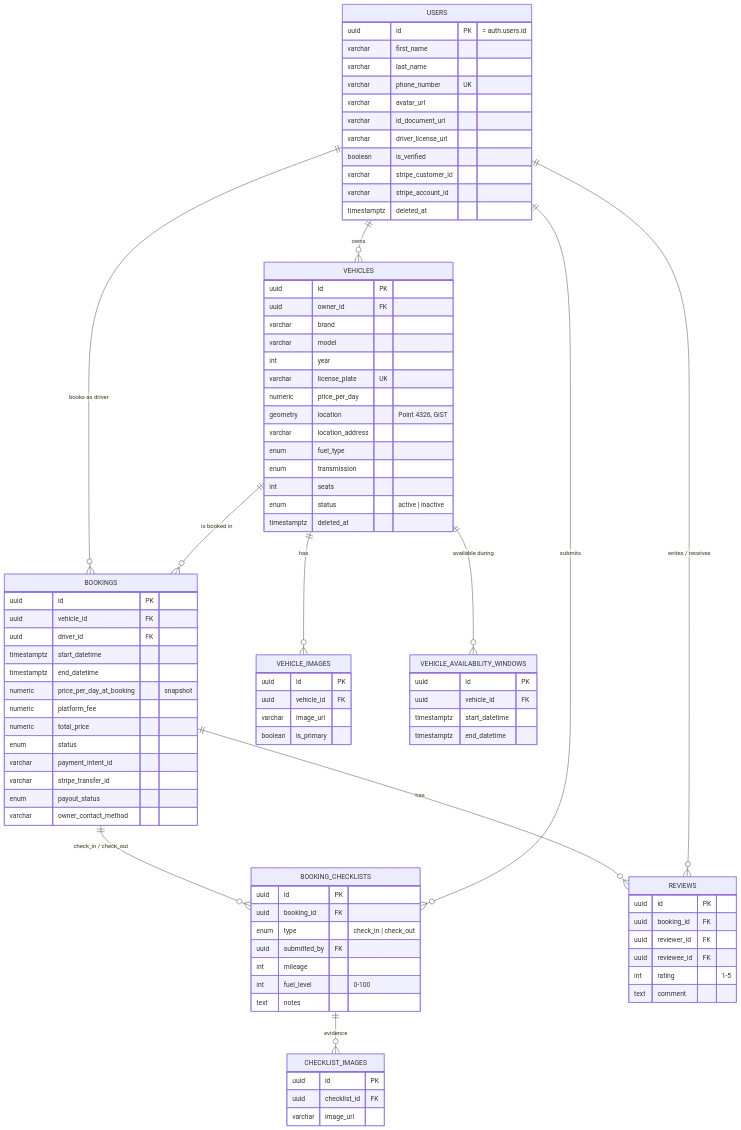
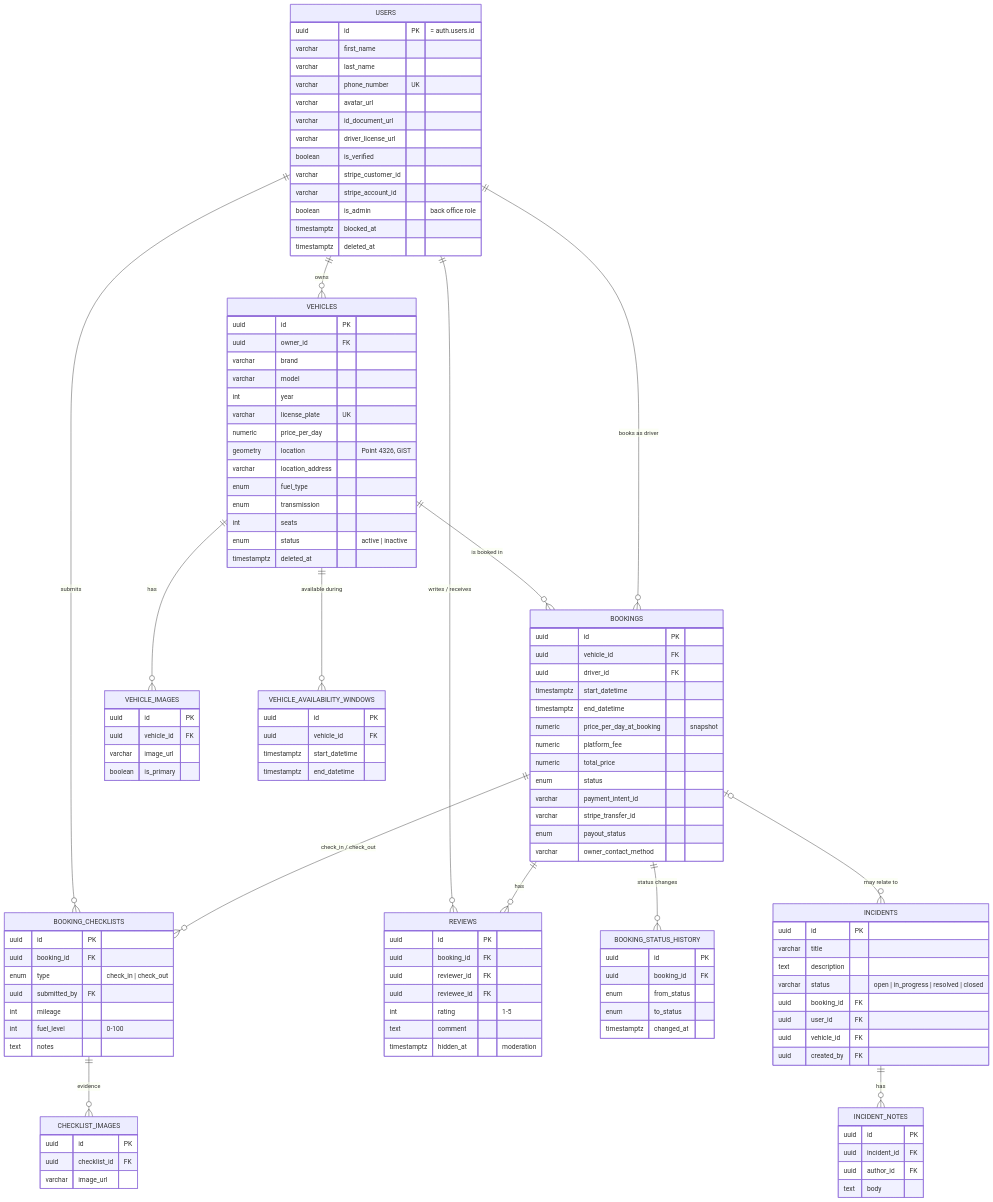
One commit to aadl6-ua/lynkdrive changed the third of 3 diagrams in README.md. Above: the diagram before and after it, drawn with Mermaid. The commit also changed other lines of this file and 2 other files, not shown here.

````diff
--- a/README.md
+++ b/README.md
@@ -213,6 +222,9 @@
     BOOKINGS ||--o{ REVIEWS : has
     USERS ||--o{ BOOKING_CHECKLISTS : submits
     USERS ||--o{ REVIEWS : "writes / receives"
+    BOOKINGS ||--o{ BOOKING_STATUS_HISTORY : "status changes"
+    BOOKINGS |o--o{ INCIDENTS : "may relate to"
+    INCIDENTS ||--o{ INCIDENT_NOTES : has
 
     USERS {
         uuid id PK "= auth.users.id"
@@ -225,6 +237,8 @@
         boolean is_verified
         varchar stripe_customer_id
         varchar stripe_account_id
+        boolean is_admin "back office role"
+        timestamptz blocked_at
         timestamptz deleted_at
     }
     VEHICLES {
@@ -291,5 +305,29 @@
         uuid reviewee_id FK
         int rating "1-5"
         text comment
+        timestamptz hidden_at "moderation"
+    }
+    BOOKING_STATUS_HISTORY {
+        uuid id PK
+        uuid booking_id FK
+        enum from_status
+        enum to_status
+        timestamptz changed_at
+    }
+    INCIDENTS {
+        uuid id PK
+        varchar title
+        text description
+        varchar status "open | in_progress | resolved | closed"
+        uuid booking_id FK
+        uuid user_id FK
+        uuid vehicle_id FK
+        uuid created_by FK
+    }
+    INCIDENT_NOTES {
+        uuid id PK
+        uuid incident_id FK
+        uuid author_id FK
+        text body
     }
 ```
````
